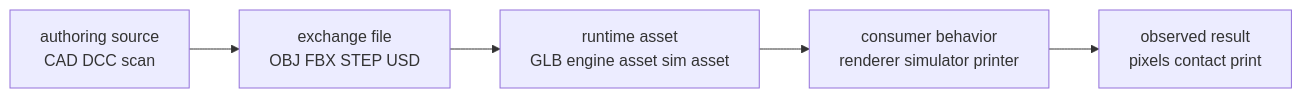
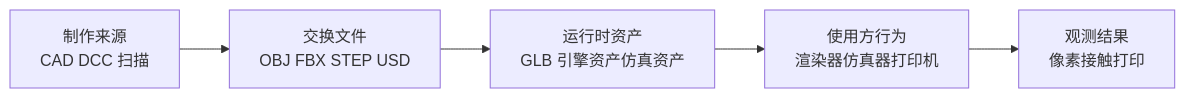
One commit to niuverse/llm-wiki changed the second of 2 diagrams in wiki/syntheses/3d-model-formats-learning-map.md. Above: the diagram before and after it, drawn with Mermaid. The commit also changed other lines of this file and 123 other files, not shown here.

````diff
--- a/wiki/syntheses/3d-model-formats-learning-map.md
+++ b/wiki/syntheses/3d-model-formats-learning-map.md
@@ -94,7 +94,7 @@
 ```mermaid
 flowchart LR
-  A["authoring source<br/>CAD DCC scan"] --> B["exchange file<br/>OBJ FBX STEP USD"]
-  B --> C["runtime asset<br/>GLB engine asset sim asset"]
-  C --> D["consumer behavior<br/>renderer simulator printer"]
-  D --> E["observed result<br/>pixels contact print"]
+  A["制作来源<br/>CAD DCC 扫描"] --> B["交换文件<br/>OBJ FBX STEP USD"]
+  B --> C["运行时资产<br/>GLB 引擎资产仿真资产"]
+  C --> D["使用方行为<br/>渲染器仿真器打印机"]
+  D --> E["观测结果<br/>像素接触打印"]
 ```
````
